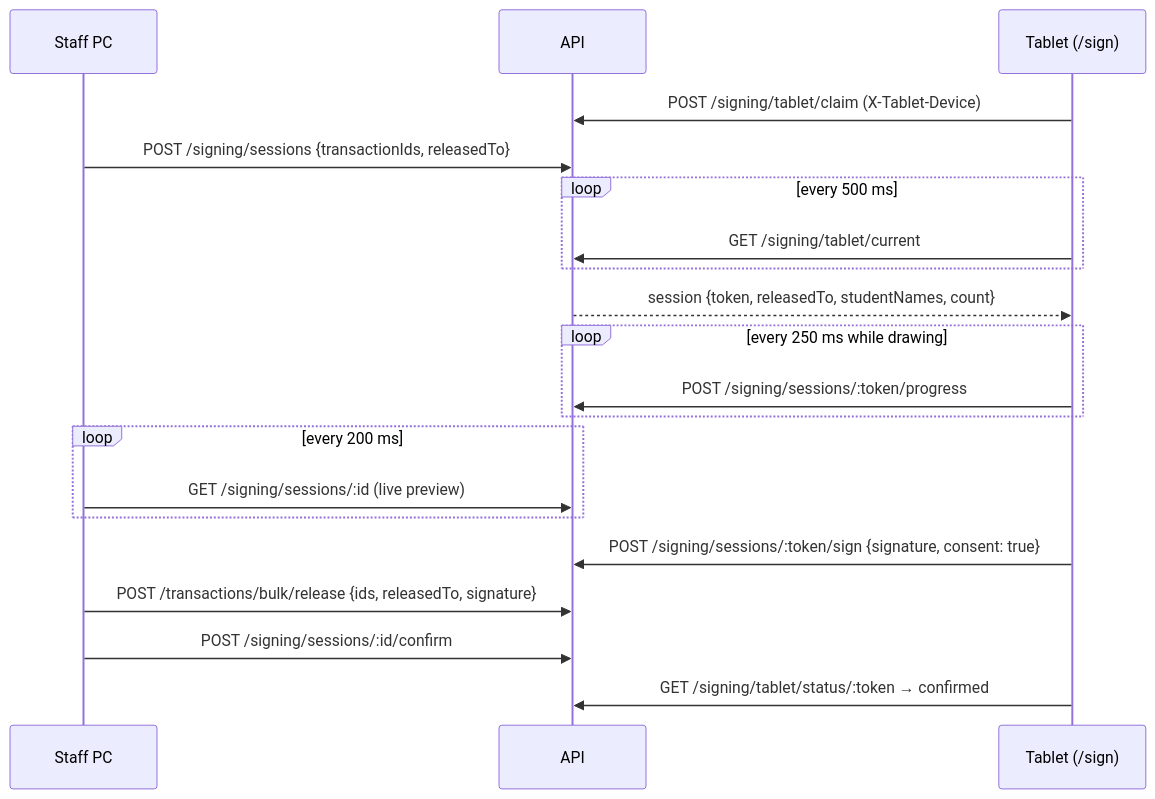
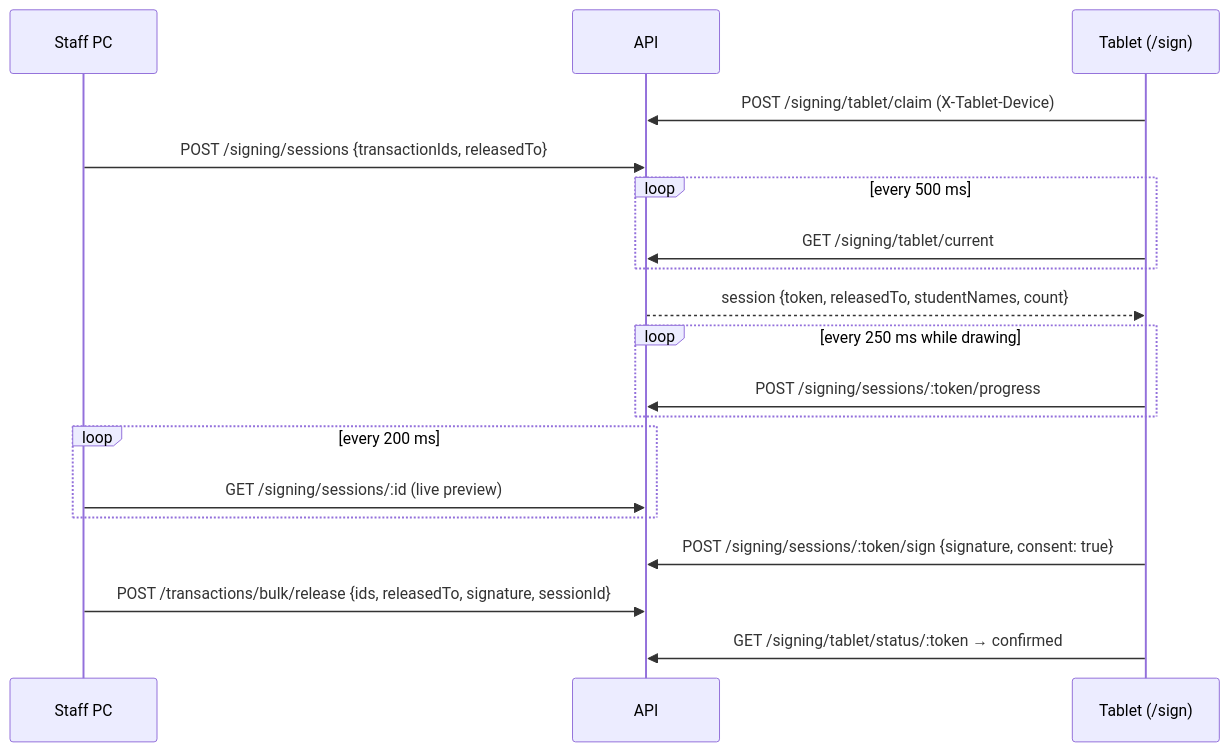
One commit to paopao-GG/registrar-management-tracking-system changed the fourth of 4 diagrams in docs/TECHNICAL_DESIGN.md. Above: the diagram before and after it, drawn with Mermaid. The commit also changed other lines of this file and 2 other files, not shown here.

````diff
--- a/docs/TECHNICAL_DESIGN.md
+++ b/docs/TECHNICAL_DESIGN.md
@@ -169,22 +171,21 @@
 ```mermaid
 sequenceDiagram
   participant S as Staff PC
   participant API
   participant T as Tablet (/sign)
   T->>API: POST /signing/tablet/claim (X-Tablet-Device)
   S->>API: POST /signing/sessions {transactionIds, releasedTo}
   loop every 500 ms
     T->>API: GET /signing/tablet/current
   end
   API-->>T: session {token, releasedTo, studentNames, count}
   loop every 250 ms while drawing
     T->>API: POST /signing/sessions/:token/progress
   end
   loop every 200 ms
     S->>API: GET /signing/sessions/:id (live preview)
   end
   T->>API: POST /signing/sessions/:token/sign {signature, consent: true}
-  S->>API: POST /transactions/bulk/release {ids, releasedTo, signature}
-  S->>API: POST /signing/sessions/:id/confirm
+  S->>API: POST /transactions/bulk/release {ids, releasedTo, signature, sessionId}
   T->>API: GET /signing/tablet/status/:token → confirmed
 ```
````
